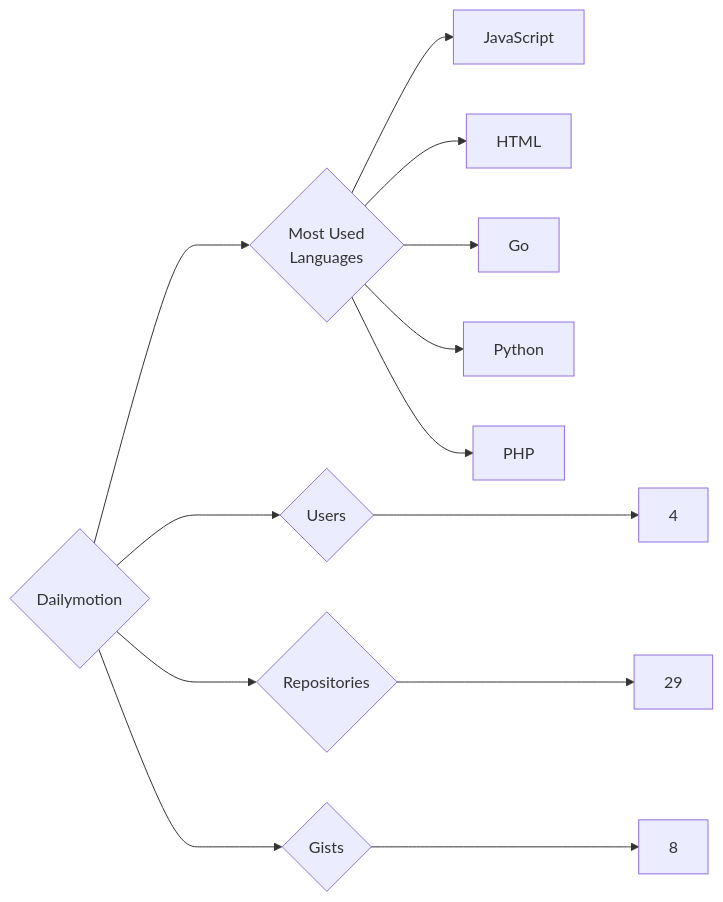
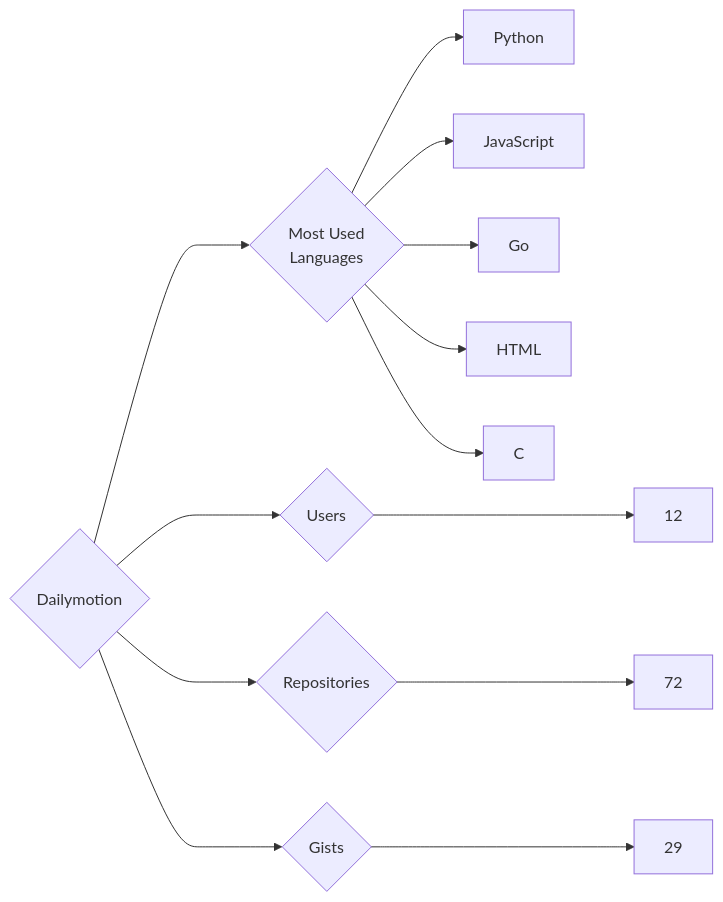
Before and after one commit to trickest/insiders: the diagram in targets/Dailymotion/README.md, drawn with Mermaid. The commit also changed 984 other files, not shown here.

````diff
--- a/targets/Dailymotion/README.md
+++ b/targets/Dailymotion/README.md
@@ -3,13 +3,13 @@
 ```mermaid
 graph LR
 COMPANY_NAME{Dailymotion}
-COMPANY_NAME ---> U{Users} ---> UN[4]
-COMPANY_NAME ---> R{Repositories} ---> RN[29]
-COMPANY_NAME ---> G{Gists} ---> GN[8]
+COMPANY_NAME ---> U{Users} ---> UN[12]
+COMPANY_NAME ---> R{Repositories} ---> RN[72]
+COMPANY_NAME ---> G{Gists} ---> GN[29]
 COMPANY_NAME ---> ML{Most Used<br>Languages}
+ML --> Python[Python]
 ML --> JavaScript[JavaScript]
+ML --> Go[Go]
 ML --> HTML[HTML]
-ML --> Go[Go]
-ML --> Python[Python]
-ML --> PHP[PHP]
+ML --> C[C]
 ```
````
